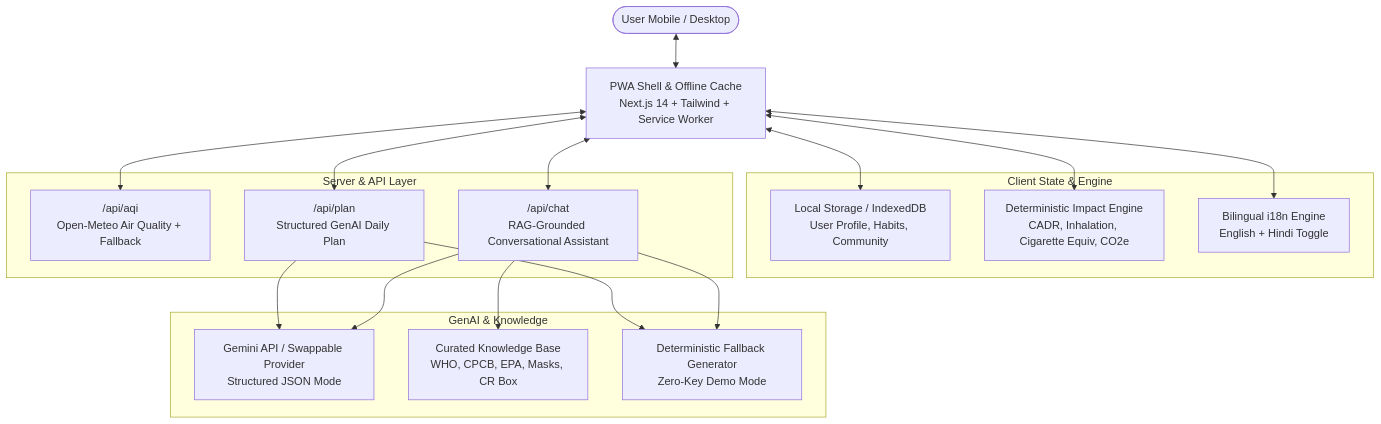
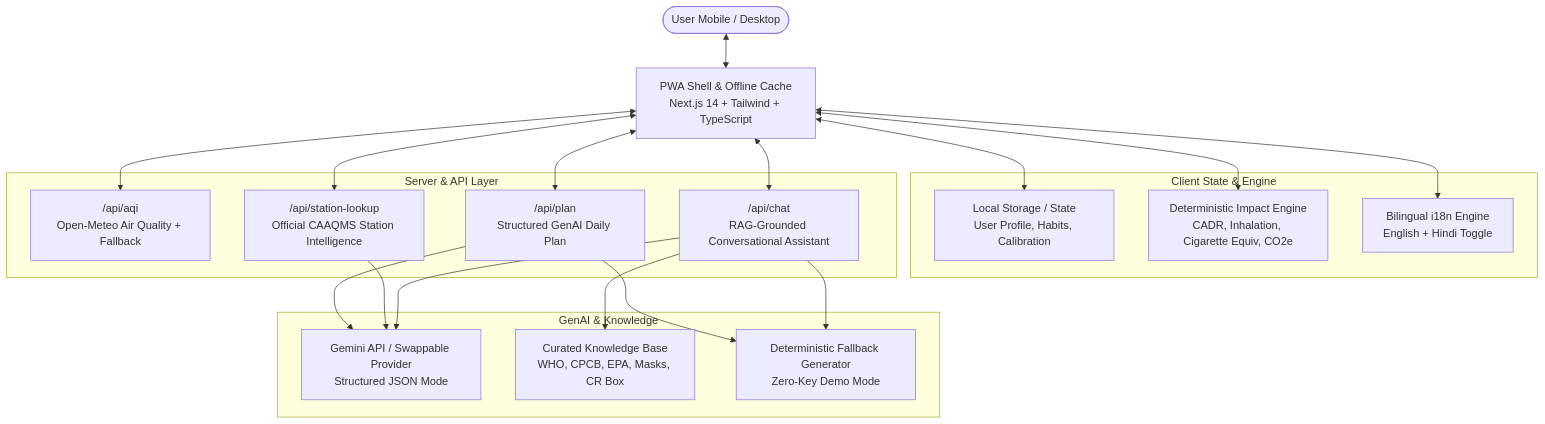
Before and after one commit to dhirajkumar-09/hack2skillChall6: the diagram in README.md, drawn with Mermaid. The commit also changed other lines of this file and 8 other files, not shown here.

Commit message:
feat: complete dynamic city geocoding, official CAAQMS station intelligence, UI/UX polish, and comprehensive documentation

````diff
--- a/README.md
+++ b/README.md
@@ -60,36 +63,39 @@
 ```mermaid
 flowchart TD
-    User([User Mobile / Desktop]) <--> PWA[PWA Shell & Offline Cache\nNext.js 14 + Tailwind + Service Worker]
+    User([User Mobile / Desktop]) <--> PWA[PWA Shell & Offline Cache\nNext.js 14 + Tailwind + TypeScript]
     
     subgraph Client State & Engine
-        Store[Local Storage / IndexedDB\nUser Profile, Habits, Community]
+        Store[Local Storage / State\nUser Profile, Habits, Calibration]
         DetEngine[Deterministic Impact Engine\nCADR, Inhalation, Cigarette Equiv, CO2e]
         i18n[Bilingual i18n Engine\nEnglish + Hindi Toggle]
     end
 
     PWA <--> Store
     PWA <--> DetEngine
     PWA <--> i18n
 
     subgraph Server & API Layer
         API_AQI["/api/aqi\nOpen-Meteo Air Quality + Fallback"]
+        API_Station["/api/station-lookup\nOfficial CAAQMS Station Intelligence"]
         API_Plan["/api/plan\nStructured GenAI Daily Plan"]
         API_Chat["/api/chat\nRAG-Grounded Conversational Assistant"]
     end
 
     PWA <--> API_AQI
+    PWA <--> API_Station
     PWA <--> API_Plan
     PWA <--> API_Chat
 
     subgraph GenAI & Knowledge
         LLM[Gemini API / Swappable Provider\nStructured JSON Mode]
         RAG[Curated Knowledge Base\nWHO, CPCB, EPA, Masks, CR Box]
         MockEngine[Deterministic Fallback Generator\nZero-Key Demo Mode]
     end
 
     API_Plan --> LLM
     API_Plan --> MockEngine
+    API_Station --> LLM
     API_Chat --> RAG
     API_Chat --> LLM
     API_Chat --> MockEngine
 ```
````
